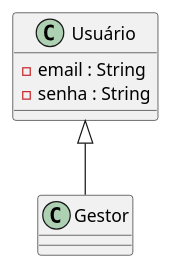
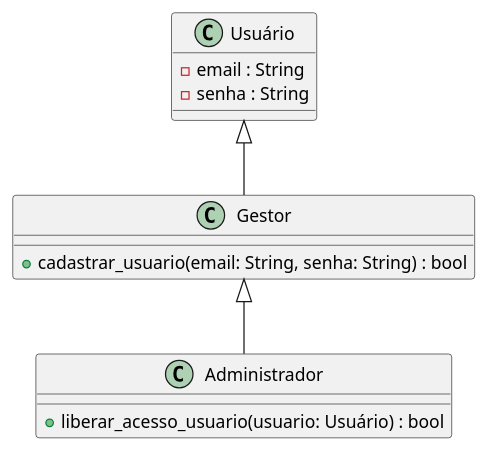
One commit to araujofs/sst changed the diagram in specs/logica/diagrama.puml. Above: the diagram before and after it, drawn with PlantUML.

Commit message:
feat: add uc1 & uc2 verbs to diagram

```diff
--- a/specs/logica/diagrama.puml
+++ b/specs/logica/diagrama.puml
@@ -1,12 +1,17 @@
 @startuml classes
 
   class Usuário {
-    -email : String
-    -senha : String
+    - email : String
+    - senha : String
+  }
+  class Gestor {
+    + cadastrar_usuario(email: String, senha: String) : bool 
+  }
+  class Administrador {
+    + liberar_acesso_usuario(usuario: Usuário) : bool 
   }
 
-  class Gestor {}
-
   Usuário <|-- Gestor
+  Gestor <|-- Administrador
 
 @enduml
```
